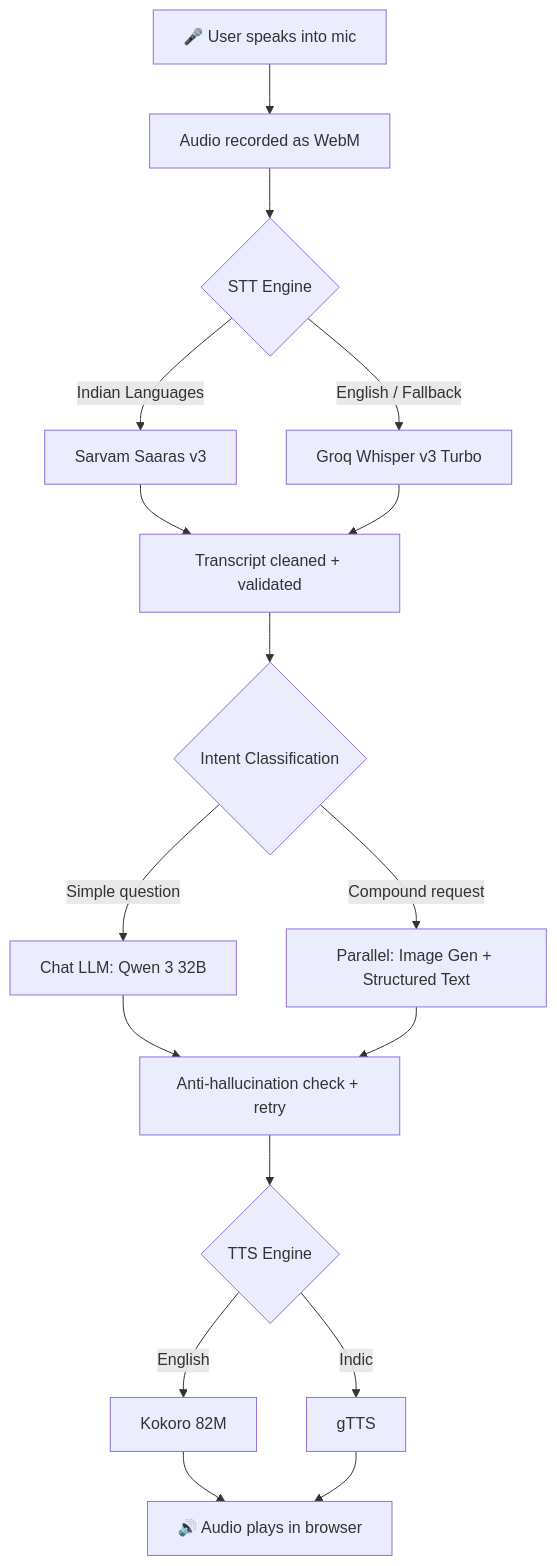
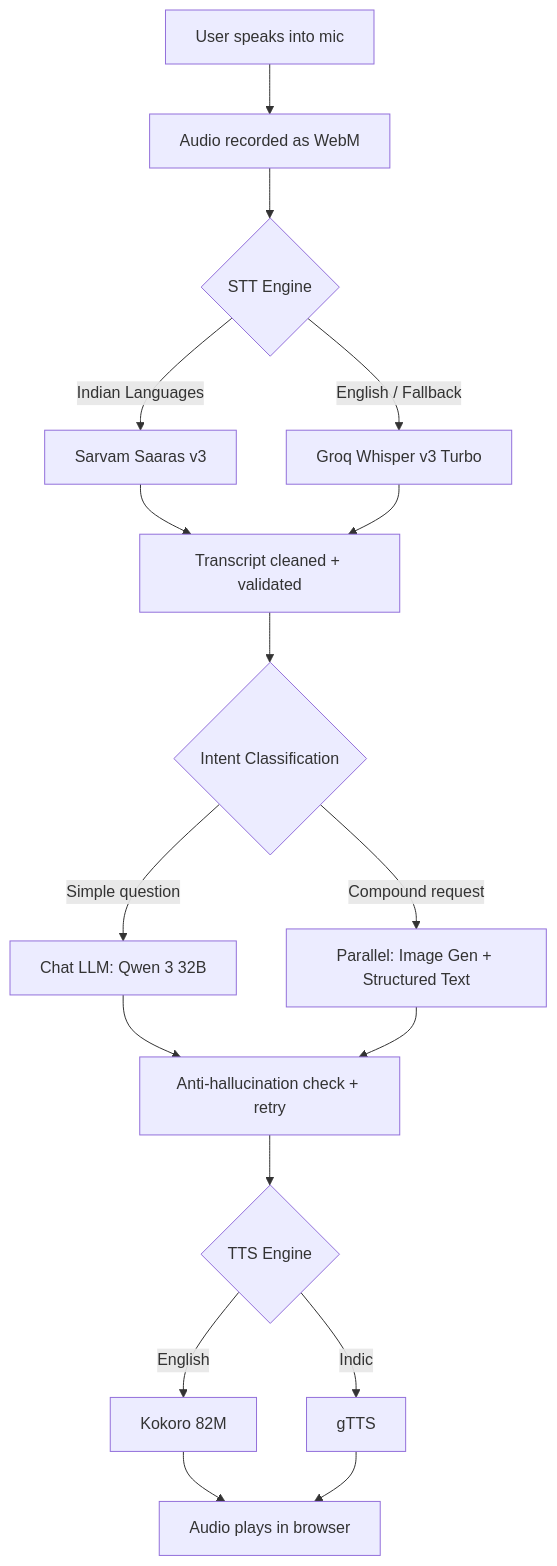
One commit to pavithra-hn/-Oxlo-VoxVision.ai changed the first of 2 diagrams in README.md. Above: the diagram before and after it, drawn with Mermaid. The commit also changed other lines of this file, not shown here.

````diff
--- a/README.md
+++ b/README.md
@@ -65,19 +65,19 @@
 ```mermaid
 flowchart TD
-    A["🎤 User speaks into mic"] --> B["Audio recorded as WebM"]
+    A["User speaks into mic"] --> B["Audio recorded as WebM"]
     B --> C{"STT Engine"}
     C -->|"Indian Languages"| D["Sarvam Saaras v3"]
     C -->|"English / Fallback"| E["Groq Whisper v3 Turbo"]
     D --> F["Transcript cleaned + validated"]
     E --> F
     F --> G{"Intent Classification"}
     G -->|"Simple question"| H["Chat LLM: Qwen 3 32B"]
     G -->|"Compound request"| I["Parallel: Image Gen + Structured Text"]
     H --> J["Anti-hallucination check + retry"]
     I --> J
     J --> K{"TTS Engine"}
     K -->|"English"| L["Kokoro 82M"]
     K -->|"Indic"| M["gTTS"]
-    L --> N["🔊 Audio plays in browser"]
+    L --> N["Audio plays in browser"]
     M --> N
 ```
````
